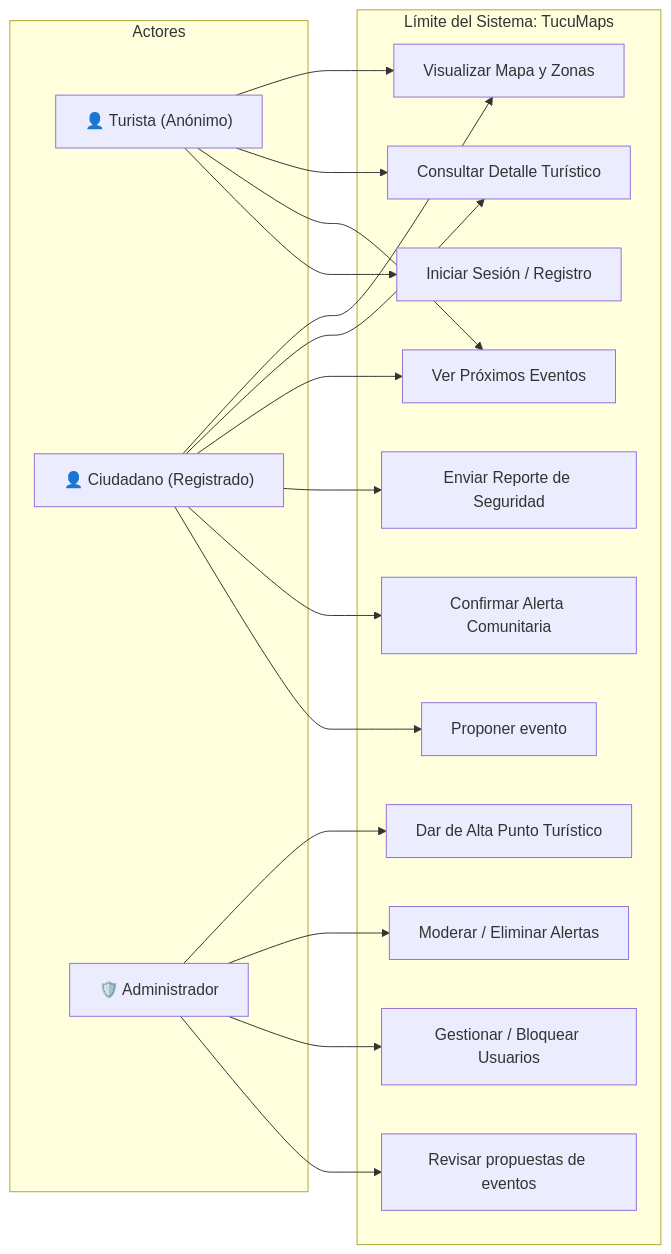
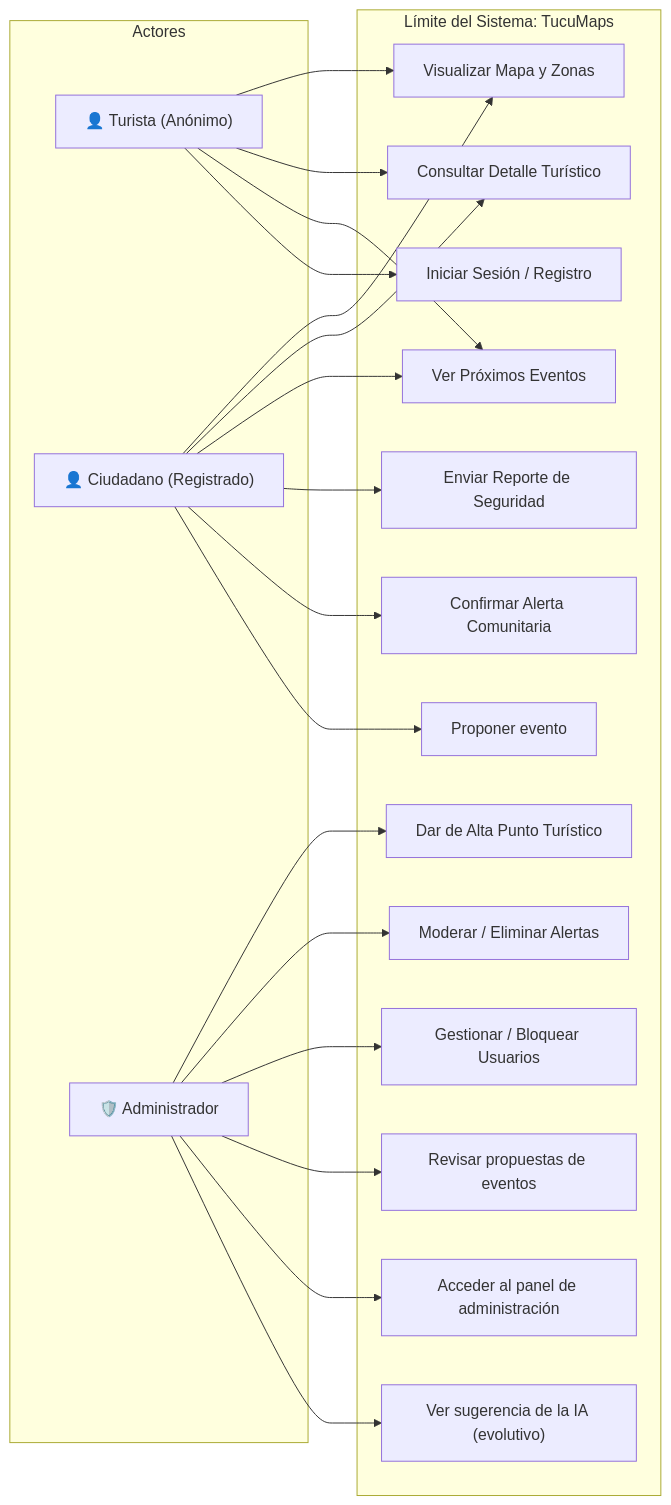
The diagram in docs/Diagrama de casos de uso TucuMaps.md (Fumacio/TucuMaps2), drawn with Mermaid before and after one commit. The commit also changed other lines of this file and 3 other files, not shown here.

First line of the commit message:
Agregar panel de administración (RF-10) y pre-validación con IA (RF-11) a la documentación

````diff
--- a/docs/Diagrama de casos de uso TucuMaps.md
+++ b/docs/Diagrama de casos de uso TucuMaps.md
@@ -35,40 +35,44 @@
 ```mermaid
 flowchart LR
     subgraph Actores
         Anonimo["👤 Turista (Anónimo)"]
         Ciudadano["👤 Ciudadano (Registrado)"]
         Admin["🛡️ Administrador"]
     end
 
     subgraph TucuMaps["Límite del Sistema: TucuMaps"]
         CU1["Visualizar Mapa y Zonas"]
         CU2["Consultar Detalle Turístico"]
         CU3["Ver Próximos Eventos"]
         CU4["Iniciar Sesión / Registro"]
         CU5["Enviar Reporte de Seguridad"]
         CU6["Confirmar Alerta Comunitaria"]
         CU7["Dar de Alta Punto Turístico"]
         CU8["Moderar / Eliminar Alertas"]
         CU9["Gestionar / Bloquear Usuarios"]
         CU10["Revisar propuestas de eventos"]
         CU11["Proponer evento"]
+        CU12["Acceder al panel de administración"]
+        CU13["Ver sugerencia de la IA (evolutivo)"]
     end
 
     %% Relaciones de actores
     Anonimo --> CU1
     Anonimo --> CU2
     Anonimo --> CU3
     Anonimo --> CU4
 
     Ciudadano --> CU1
     Ciudadano --> CU2
     Ciudadano --> CU3
     Ciudadano --> CU5
     Ciudadano --> CU6
     Ciudadano --> CU11
 
     Admin --> CU7
     Admin --> CU8
     Admin --> CU9
     Admin --> CU10
+    Admin --> CU12
+    Admin --> CU13
 ```
````
